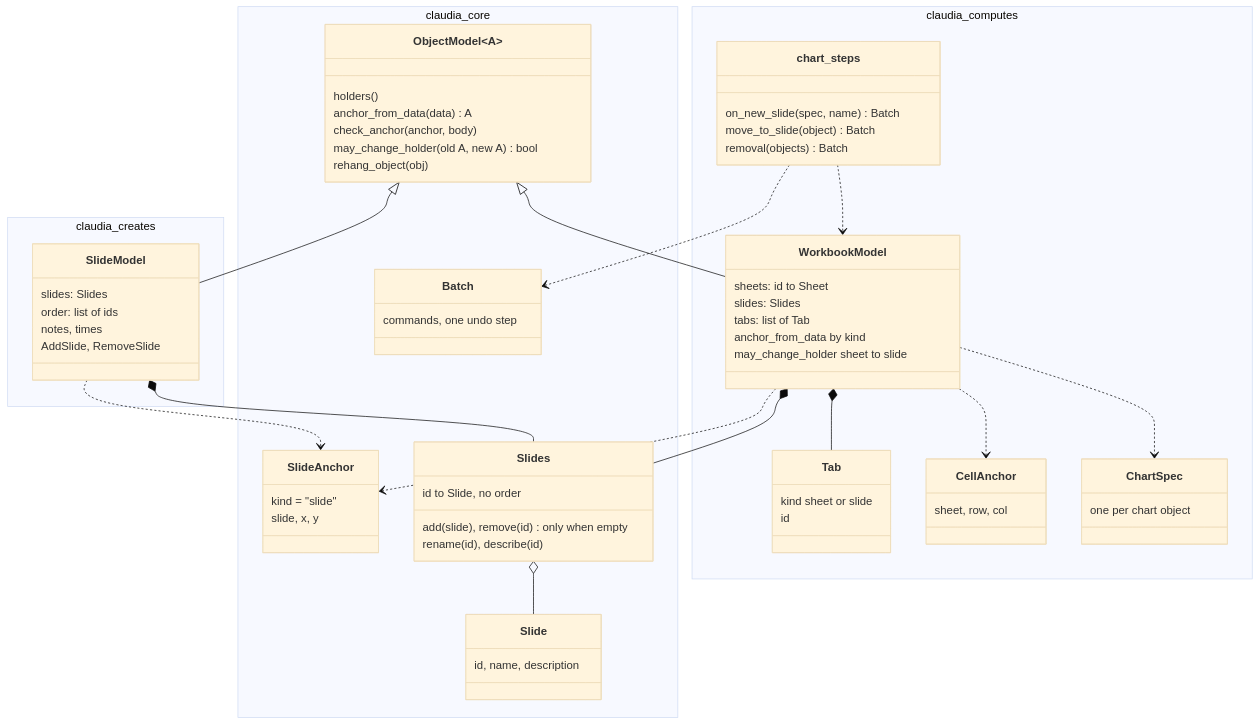
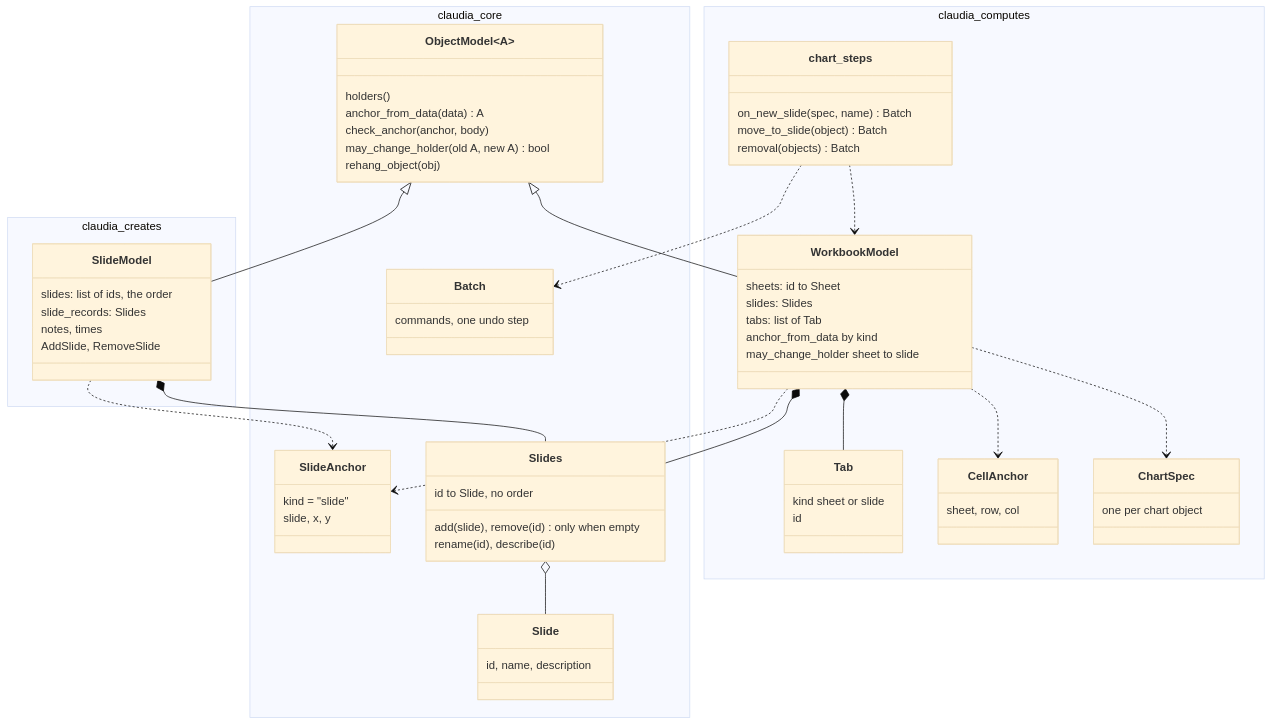
Before and after one commit to claudiaoffice/claudia: the first of 2 diagrams in claudiaoffice-log/notes/e6-31-slides-in-computes.md, drawn with Mermaid (base theme). The commit also changed other lines of this file and 17 other files, not shown here.

````diff
--- a/claudiaoffice-log/notes/e6-31-slides-in-computes.md
+++ b/claudiaoffice-log/notes/e6-31-slides-in-computes.md
@@ -29,72 +29,72 @@
 ```mermaid
 classDiagram
 direction TB
 namespace claudia_core {
   class ObjectModel~A~ {
     holders()
     anchor_from_data(data) A
     check_anchor(anchor, body)
     may_change_holder(old A, new A) bool
     rehang_object(obj)
   }
   class SlideAnchor {
     kind = "slide"
     slide, x, y
   }
   class Slides {
     id to Slide, no order
     add(slide), remove(id) only when empty
     rename(id), describe(id)
   }
   class Slide {
     id, name, description
   }
   class Batch {
     commands, one undo step
   }
 }
 namespace claudia_creates {
   class SlideModel {
-    slides: Slides
-    order: list of ids
+    slides: list of ids, the order
+    slide_records: Slides
     notes, times
     AddSlide, RemoveSlide
   }
 }
 namespace claudia_computes {
   class WorkbookModel {
     sheets: id to Sheet
     slides: Slides
     tabs: list of Tab
     anchor_from_data by kind
     may_change_holder sheet to slide
   }
   class Tab {
     kind sheet or slide
     id
   }
   class CellAnchor {
     sheet, row, col
   }
   class chart_steps {
     on_new_slide(spec, name) Batch
     move_to_slide(object) Batch
     removal(objects) Batch
   }
   class ChartSpec {
     one per chart object
   }
 }
 ObjectModel <|-- SlideModel
 ObjectModel <|-- WorkbookModel
 SlideModel *-- Slides
 WorkbookModel *-- Slides
 WorkbookModel *-- Tab
 Slides o-- Slide
 SlideModel ..> SlideAnchor
 WorkbookModel ..> SlideAnchor
 WorkbookModel ..> CellAnchor
 chart_steps ..> WorkbookModel
 chart_steps ..> Batch
 WorkbookModel ..> ChartSpec
 ```
````
